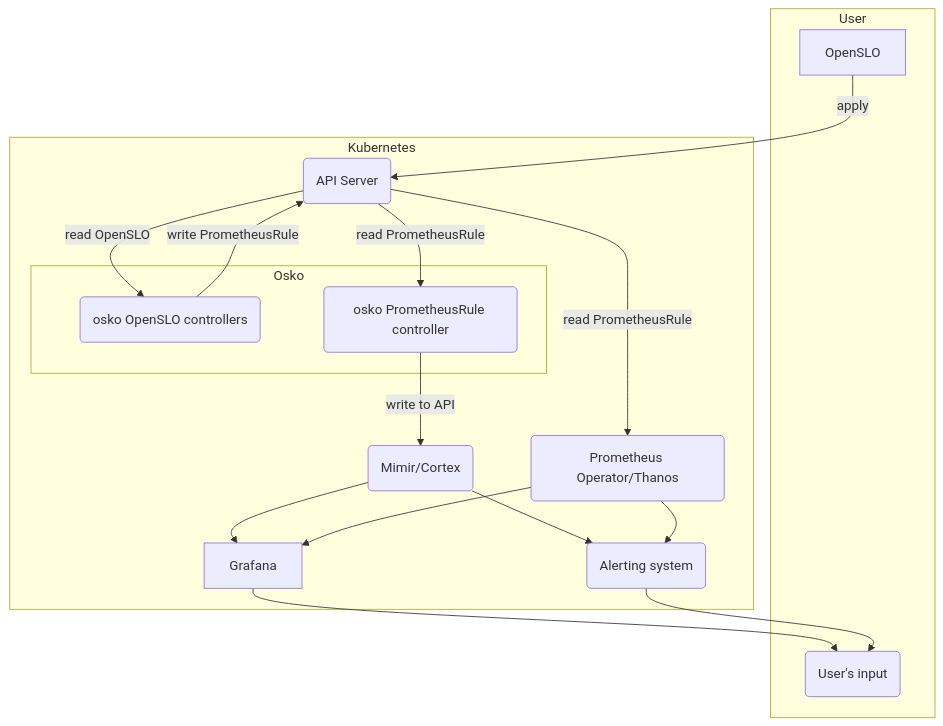
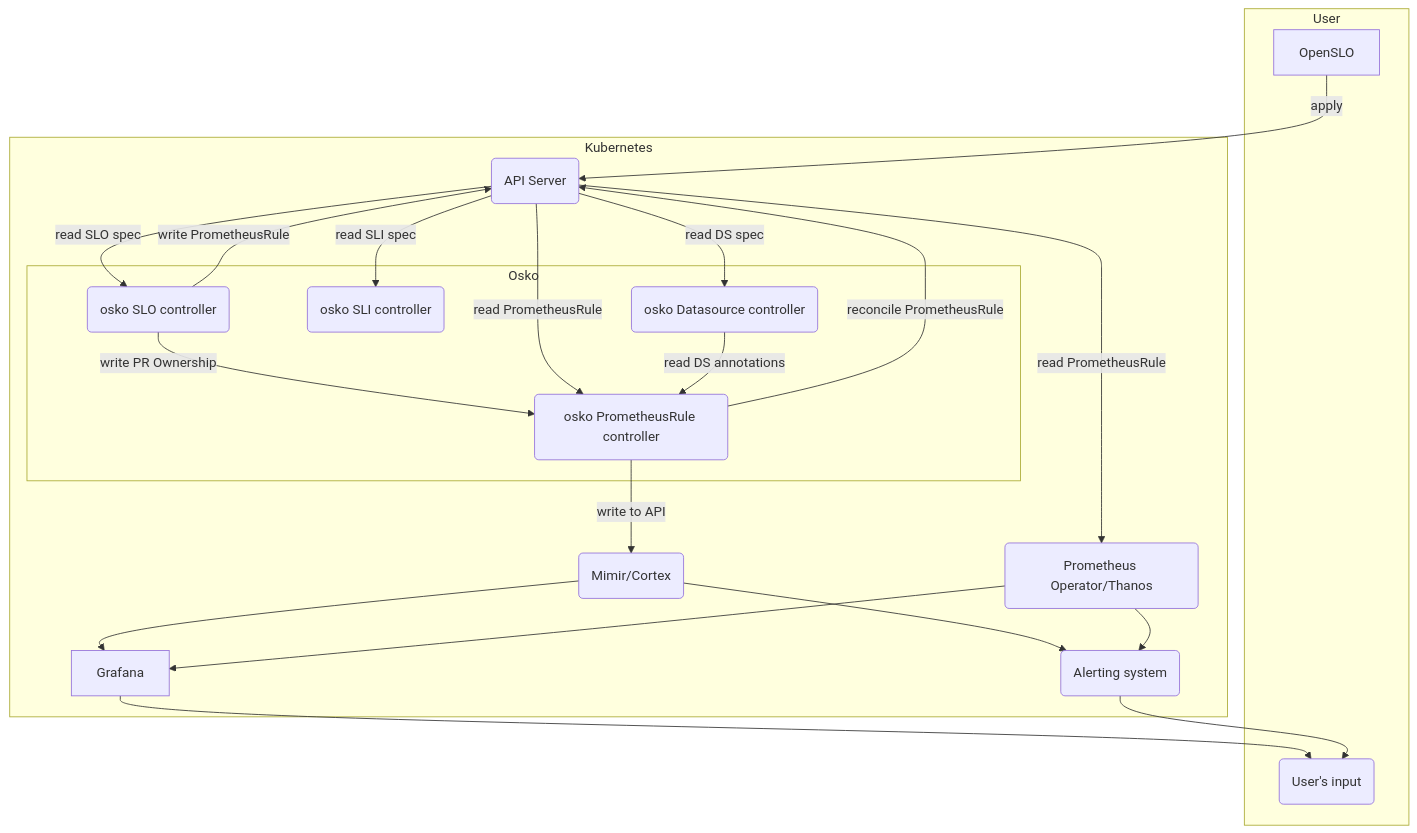
The diagram in blog/2023-11-08-hello-world/index.md (oskoperator/osko.dev), drawn with Mermaid before and after one commit.

Commit message:
feat(blog): update the hello-world post mermaid diagram

````diff
--- a/blog/2023-11-08-hello-world/index.md
+++ b/blog/2023-11-08-hello-world/index.md
@@ -35,30 +35,37 @@
 ```mermaid
 graph TB
     subgraph User
         OpenSLO
         UserInput(User's input)
     end
 
     subgraph Kubernetes
         Grafana
 				AlertingSystem(Alerting system)
         subgraph Osko
-            osko(osko OpenSLO controllers)
-            oskoPRreconciler(osko PrometheusRule controller)
+            oskoSLOReconciler(osko SLO controller)
+            oskoSLIReconciler(osko SLI controller)
+            oskoDSReconciler(osko Datasource controller)
+            oskoPRReconciler(osko PrometheusRule controller)
         end
         apiServer(API Server)
         OpenSLO -->|apply| apiServer
-        apiServer -->|read OpenSLO| osko
-        osko -->|write PrometheusRule| apiServer
-        apiServer -->|read PrometheusRule| oskoPRreconciler
-        oskoPRreconciler -->|write to API| MimirCortex(Mimir/Cortex)
+        apiServer -->|read SLO spec| oskoSLOReconciler
+        apiServer -->|read SLI spec| oskoSLIReconciler
+        apiServer -->|read DS spec| oskoDSReconciler
+        oskoSLOReconciler -->|write PrometheusRule| apiServer
+        oskoSLOReconciler -->|write PR Ownership| oskoPRReconciler
+        apiServer -->|read PrometheusRule| oskoPRReconciler
+        oskoDSReconciler -->|read DS annotations| oskoPRReconciler
+        oskoPRReconciler -->|reconcile PrometheusRule| apiServer
+        oskoPRReconciler -->|write to API| MimirCortex(Mimir/Cortex)
         apiServer -->|read PrometheusRule| PrometheusThanos(Prometheus Operator/Thanos)
 
         MimirCortex --> Grafana
         PrometheusThanos --> Grafana
         Grafana --> UserInput
-				MimirCortex --> AlertingSystem
-				PrometheusThanos --> AlertingSystem
-				AlertingSystem --> UserInput
+        MimirCortex --> AlertingSystem
+        PrometheusThanos --> AlertingSystem
+        AlertingSystem --> UserInput
     end
 ```
````
